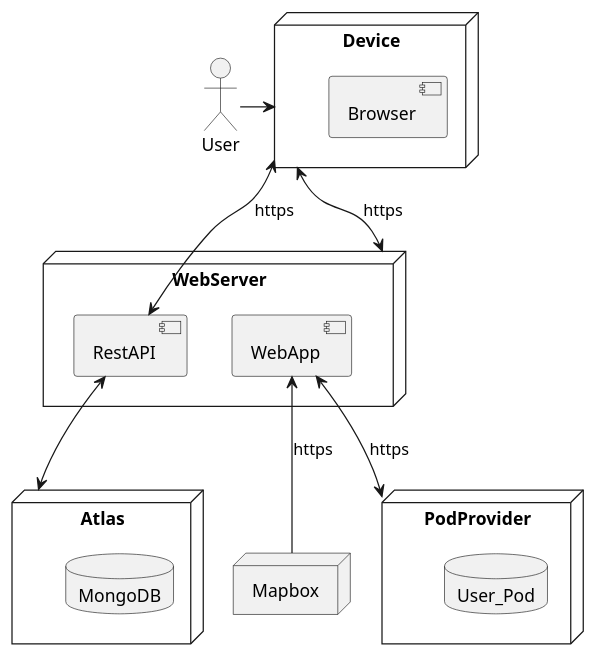
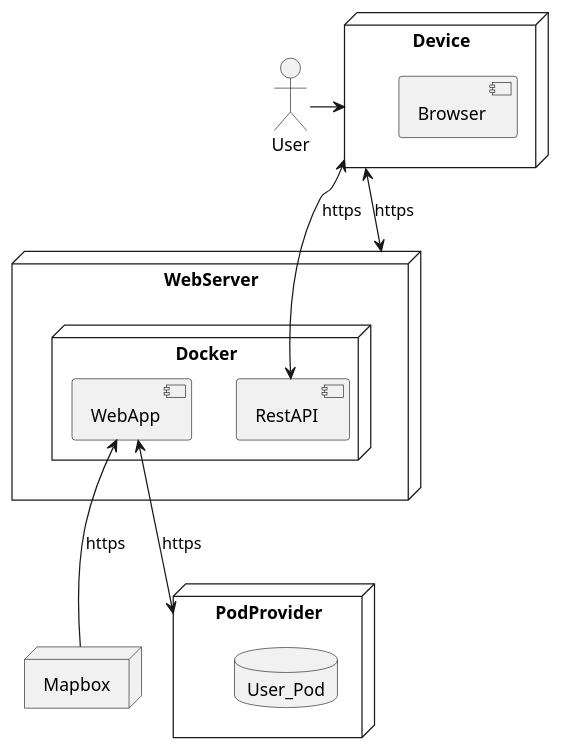
One commit to Arquisoft/lomap_es2b changed the diagram in docs/uml/deployment.pu. Above: the diagram before and after it, drawn with PlantUML. The commit also changed 2 other files, not shown here.

Commit message:
Diagrama de despliegue actualizado

```diff
--- a/docs/uml/deployment.pu
+++ b/docs/uml/deployment.pu
@@ -1,25 +1,23 @@
 @startuml lomap_deployment
 actor User
 node Device {
     component Browser
 }
 node WebServer {
-    component WebApp
-    component RestAPI
+    node Docker {
+        component WebApp
+        component RestAPI
+    }
 }
 
 node Mapbox
 node PodProvider {
     database User_Pod
-}
-node Atlas {
-    database MongoDB
 }
 User->Device
 
 Device<-->WebServer:https
 WebApp<-->PodProvider:https
 WebApp<--Mapbox:https
 Device<->RestAPI:https
-RestAPI<-->Atlas
 @enduml
```
